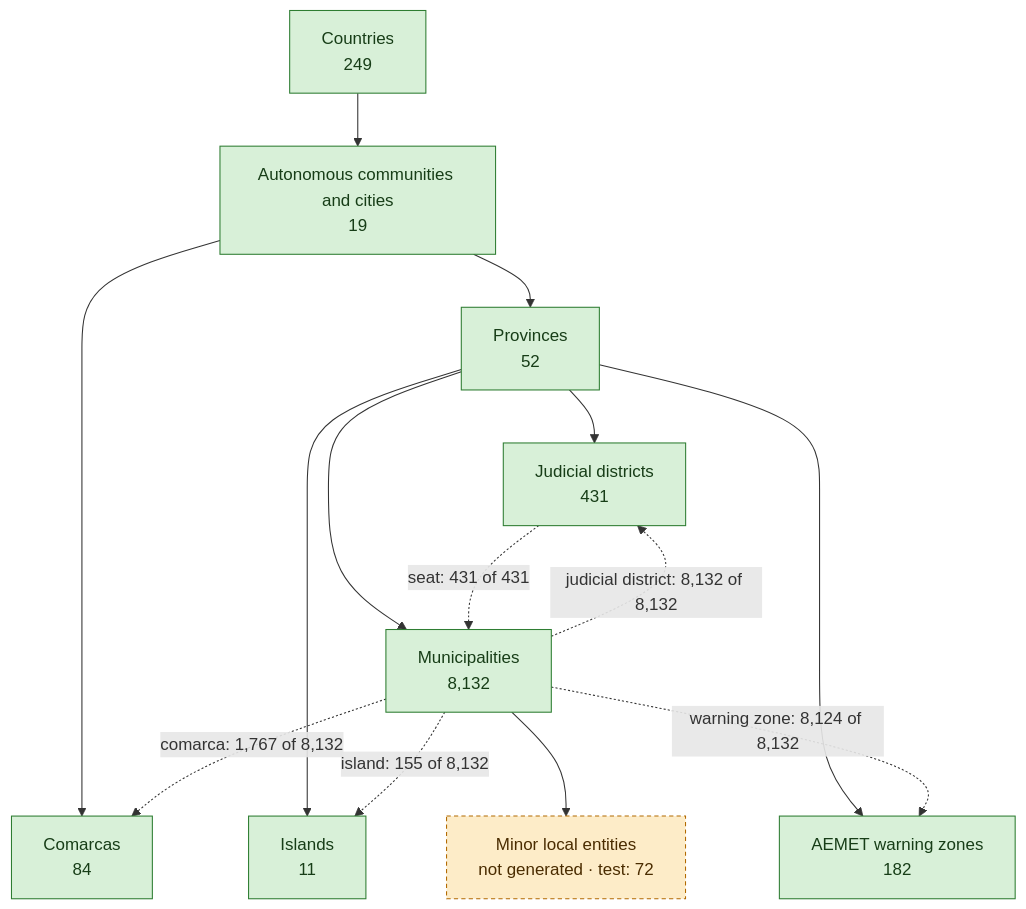
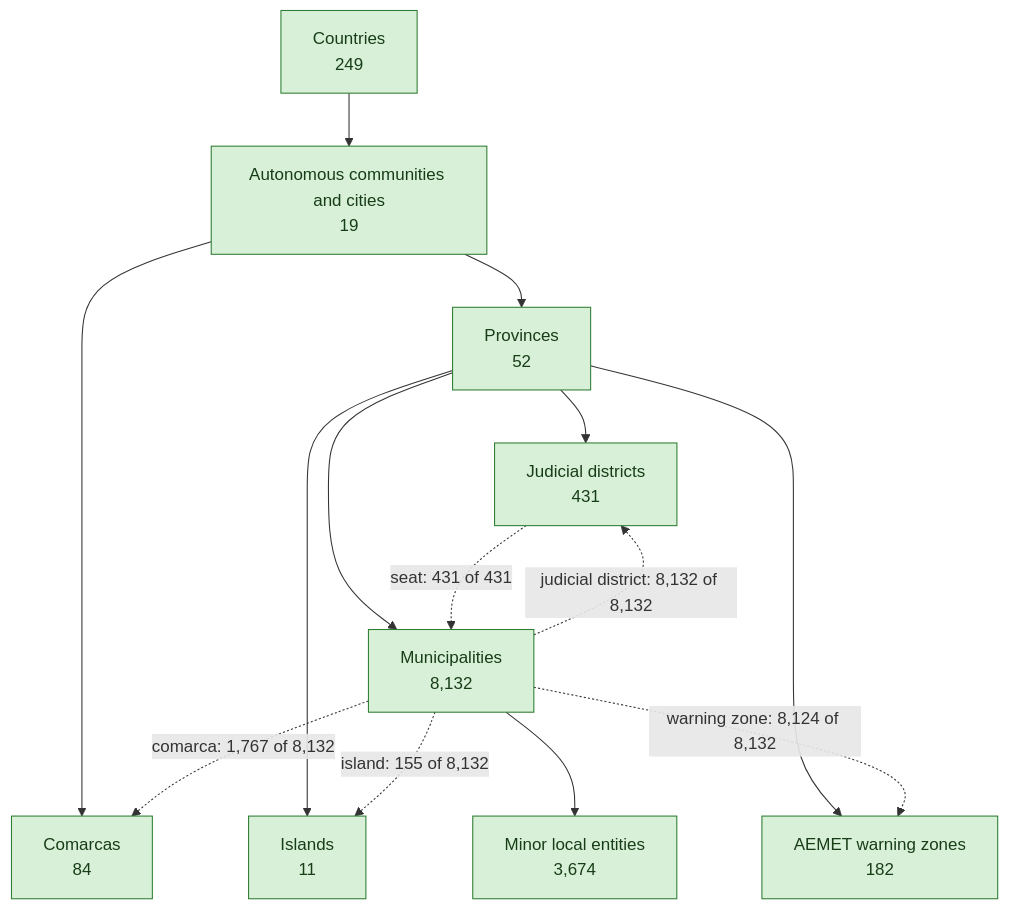
The first of 6 diagrams in docs/status.md (alertapublica/territorios-es), drawn with Mermaid before and after one commit. The commit also changed other lines of this file and 7 other files, not shown here.

````diff
--- a/docs/status.md
+++ b/docs/status.md
@@ -15,29 +15,29 @@
 ```mermaid
 flowchart TB
   accTitle: Territories
   autonomous_community["Autonomous communities and cities<br>19"]:::done
   province["Provinces<br>52"]:::done
   municipality["Municipalities<br>8,132"]:::done
   island["Islands<br>11"]:::done
   judicial_district["Judicial districts<br>431"]:::done
   warning_zone["AEMET warning zones<br>182"]:::done
   comarca["Comarcas<br>84"]:::done
-  minor_local_entity["Minor local entities<br>not generated · test: 72"]:::todo
+  minor_local_entity["Minor local entities<br>3,674"]:::done
   country["Countries<br>249"]:::done
   autonomous_community --> comarca
   autonomous_community --> province
   country --> autonomous_community
   municipality --> minor_local_entity
   province --> island
   province --> judicial_district
   province --> municipality
   province --> warning_zone
   judicial_district -.->|"seat: 431 of 431"| municipality
   municipality -.->|"comarca: 1,767 of 8,132"| comarca
   municipality -.->|"island: 155 of 8,132"| island
   municipality -.->|"judicial district: 8,132 of 8,132"| judicial_district
   municipality -.->|"warning zone: 8,124 of 8,132"| warning_zone
   classDef done fill:#d8f0d8,stroke:#2e7d32,color:#173d17
   classDef todo fill:#fdecc8,stroke:#b26a00,color:#4a2c00,stroke-dasharray:4 3
   classDef box fill:#e6eef8,stroke:#3b6ea8,color:#14304f
 ```
````
